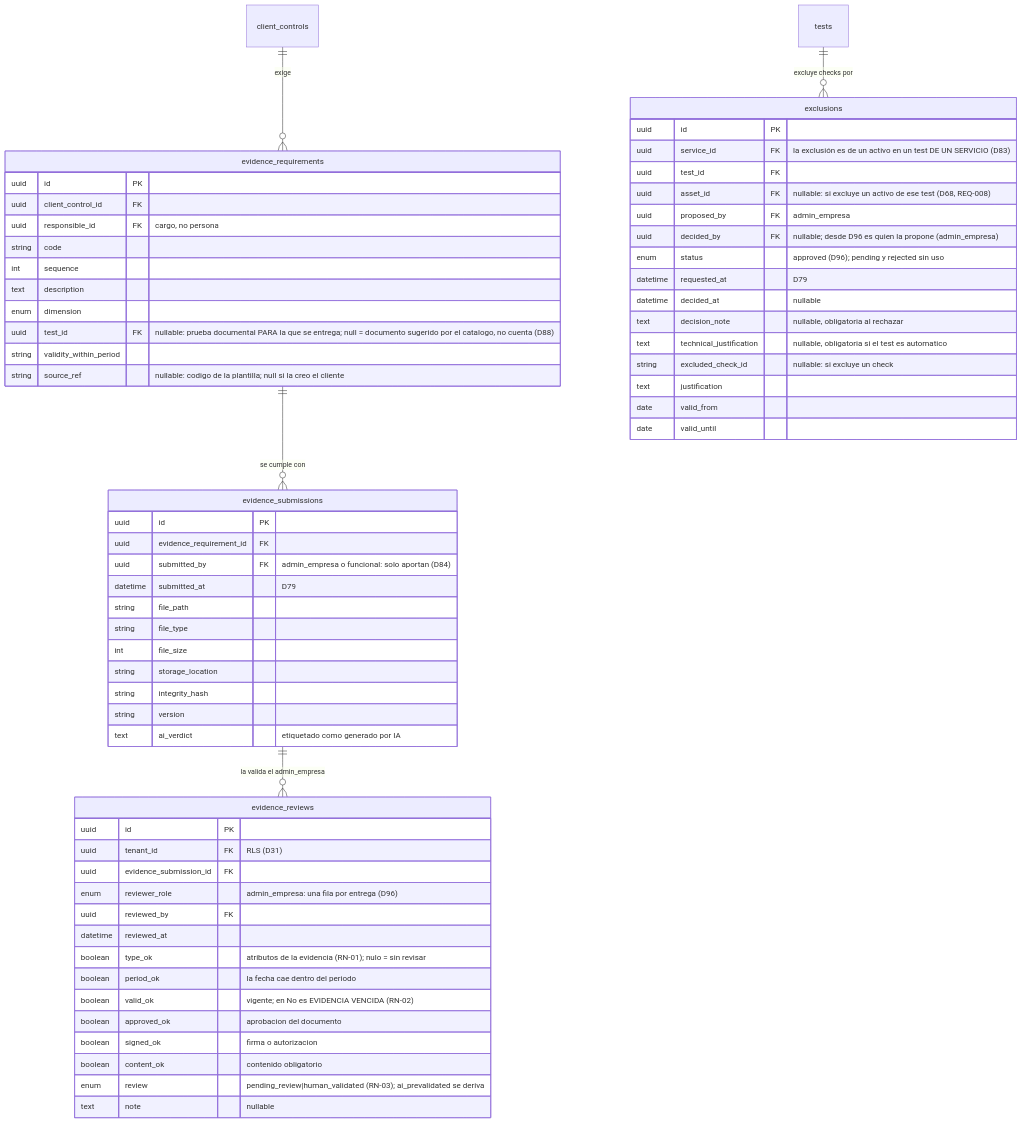
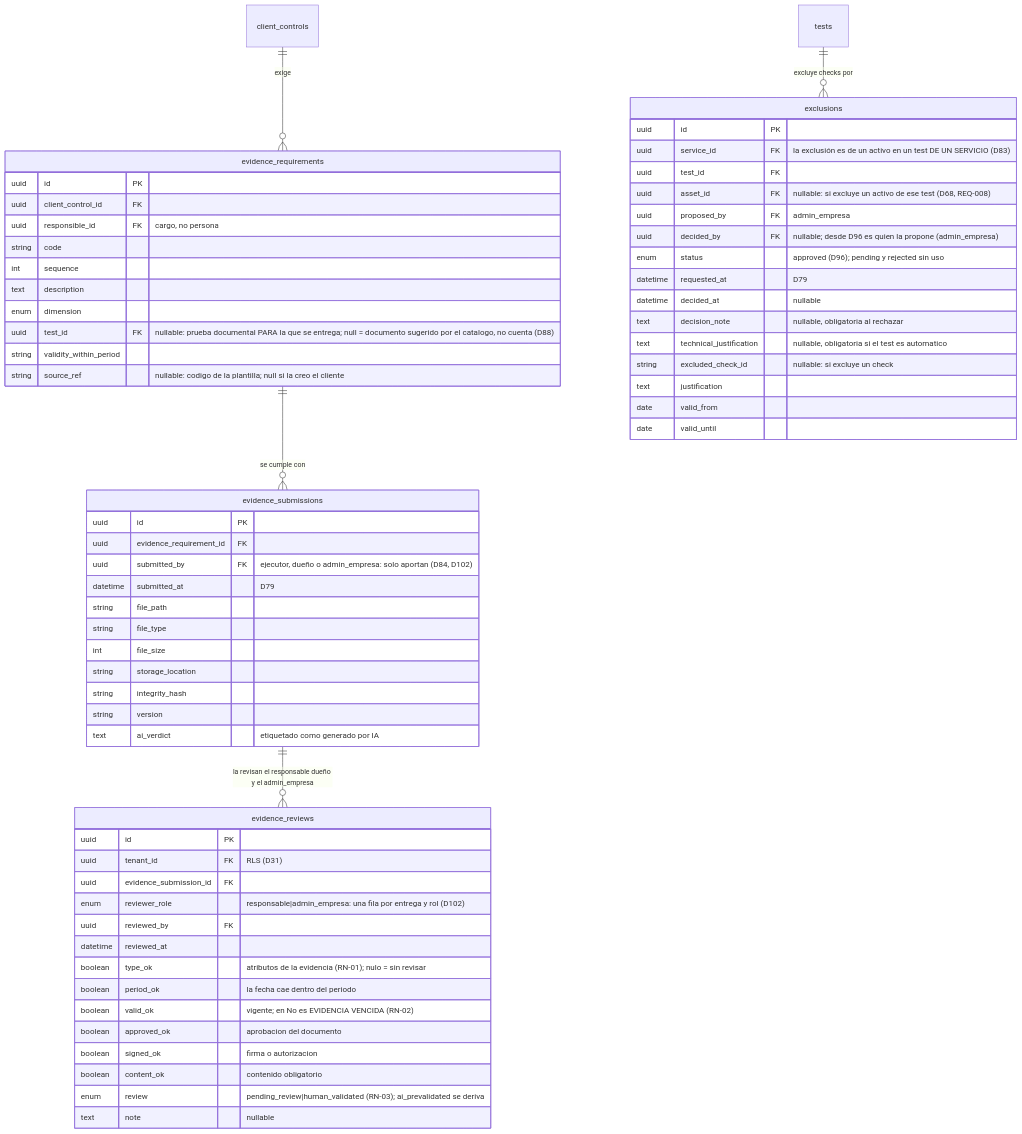
The third of 5 diagrams in skills/product/monkey-compliance-council/references/datos/modelo/07-cumplimiento.md (Monkey-GRC/Monkey-Brain-IA), drawn with Mermaid before and after one commit. The commit also changed other lines of this file and 39 other files, not shown here.

````diff
--- a/skills/product/monkey-compliance-council/references/datos/modelo/07-cumplimiento.md
+++ b/skills/product/monkey-compliance-council/references/datos/modelo/07-cumplimiento.md
@@ -229,65 +229,65 @@
 ```mermaid
 erDiagram
     evidence_requirements {
         uuid id PK
         uuid client_control_id FK
         uuid responsible_id FK "cargo, no persona"
         string code
         int sequence
         text description
         enum dimension
         uuid test_id FK "nullable: prueba documental PARA la que se entrega; null = documento sugerido por el catalogo, no cuenta (D88)"
         string validity_within_period
         string source_ref "nullable: codigo de la plantilla; null si la creo el cliente"
     }
     evidence_submissions {
         uuid id PK
         uuid evidence_requirement_id FK
-        uuid submitted_by FK "admin_empresa o funcional: solo aportan (D84)"
+        uuid submitted_by FK "ejecutor, dueño o admin_empresa: solo aportan (D84, D102)"
         datetime submitted_at "D79"
         string file_path
         string file_type
         int file_size
         string storage_location
         string integrity_hash
         string version
         text ai_verdict "etiquetado como generado por IA"
     }
     evidence_reviews {
         uuid id PK
         uuid tenant_id FK "RLS (D31)"
         uuid evidence_submission_id FK
-        enum reviewer_role "admin_empresa: una fila por entrega (D96)"
+        enum reviewer_role "responsable|admin_empresa: una fila por entrega y rol (D102)"
         uuid reviewed_by FK
         datetime reviewed_at
         boolean type_ok "atributos de la evidencia (RN-01); nulo = sin revisar"
         boolean period_ok "la fecha cae dentro del periodo"
         boolean valid_ok "vigente; en No es EVIDENCIA VENCIDA (RN-02)"
         boolean approved_ok "aprobacion del documento"
         boolean signed_ok "firma o autorizacion"
         boolean content_ok "contenido obligatorio"
         enum review "pending_review|human_validated (RN-03); ai_prevalidated se deriva"
         text note "nullable"
     }
     exclusions {
         uuid id PK
         uuid service_id FK "la exclusión es de un activo en un test DE UN SERVICIO (D83)"
         uuid test_id FK
         uuid asset_id FK "nullable: si excluye un activo de ese test (D68, REQ-008)"
         uuid proposed_by FK "admin_empresa"
         uuid decided_by FK "nullable; desde D96 es quien la propone (admin_empresa)"
         enum status "approved (D96); pending y rejected sin uso"
         datetime requested_at "D79"
         datetime decided_at "nullable"
         text decision_note "nullable, obligatoria al rechazar"
         text technical_justification "nullable, obligatoria si el test es automatico"
         string excluded_check_id "nullable: si excluye un check"
         text justification
         date valid_from
         date valid_until
     }
     client_controls ||--o{ evidence_requirements : "exige"
     evidence_requirements ||--o{ evidence_submissions : "se cumple con"
-    evidence_submissions ||--o{ evidence_reviews : "la valida el admin_empresa"
+    evidence_submissions ||--o{ evidence_reviews : "la revisan el responsable dueño y el admin_empresa"
     tests ||--o{ exclusions : "excluye checks por"
 ```
````
